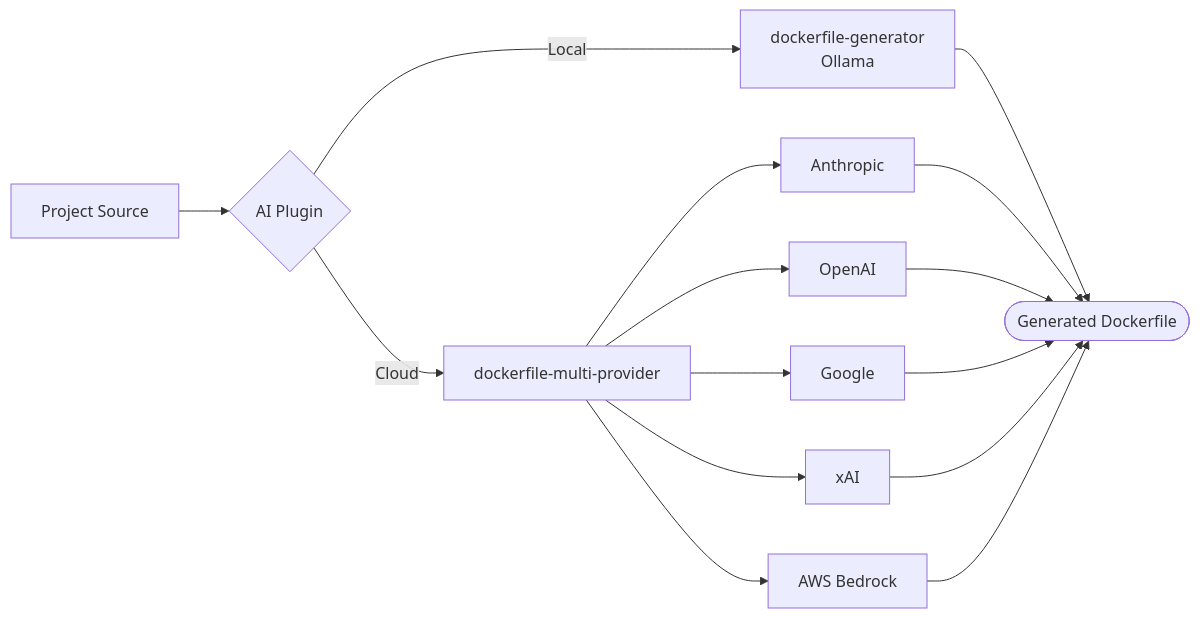
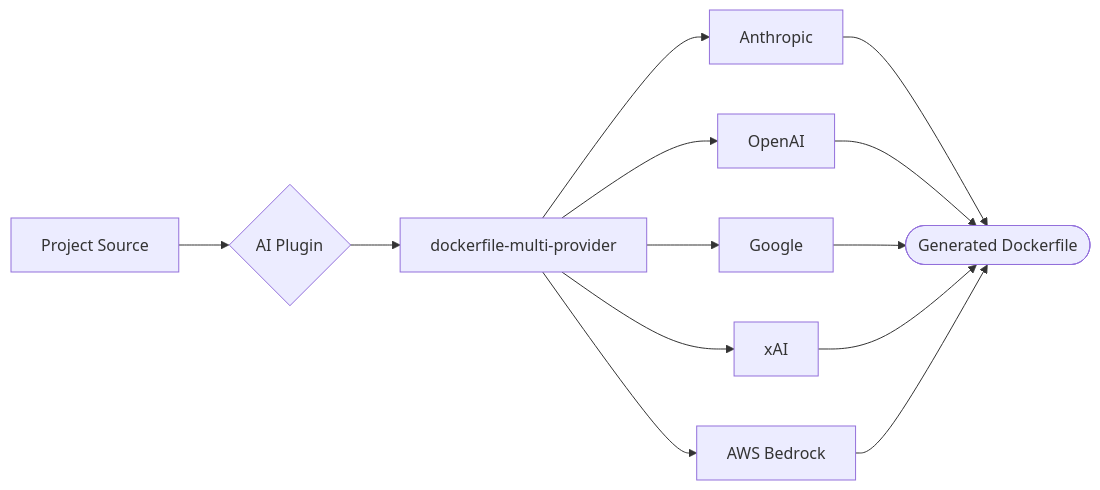
The diagram in docs/plugins/ai.md (mwashburn160/pipeline-builder), drawn with Mermaid before and after one commit. The commit also changed other lines of this file and 475 other files, not shown here.

````diff
--- a/docs/plugins/ai.md
+++ b/docs/plugins/ai.md
@@ -5,19 +5,17 @@
 ```mermaid
 flowchart LR
     Input[Project Source] --> AIPlugin{AI Plugin}
-    AIPlugin -->|Local| Ollama[dockerfile-generator\nOllama]
-    AIPlugin -->|Cloud| Multi[dockerfile-multi-provider]
+    AIPlugin --> Multi[dockerfile-multi-provider]
 
     Multi --> Anthropic
     Multi --> OpenAI
     Multi --> Google
     Multi --> xAI
     Multi --> Bedrock[AWS Bedrock]
 
-    Ollama --> Dockerfile([Generated Dockerfile])
-    Anthropic --> Dockerfile
+    Anthropic --> Dockerfile([Generated Dockerfile])
     OpenAI --> Dockerfile
     Google --> Dockerfile
     xAI --> Dockerfile
     Bedrock --> Dockerfile
 ```
````
